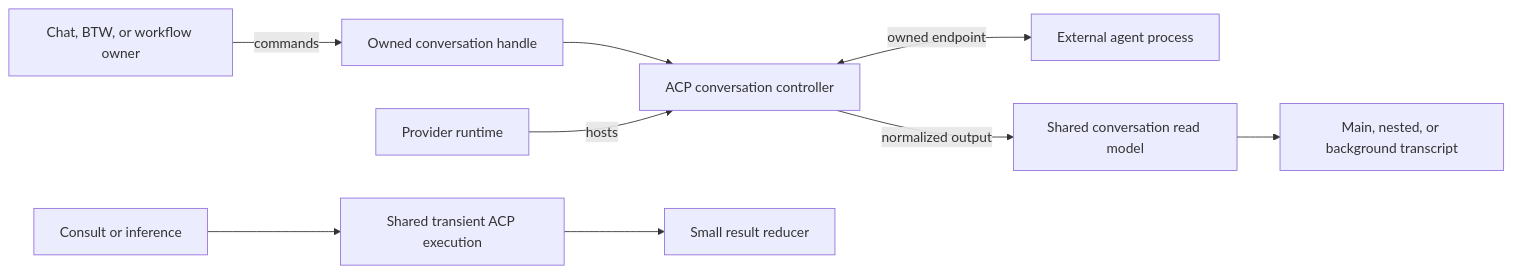
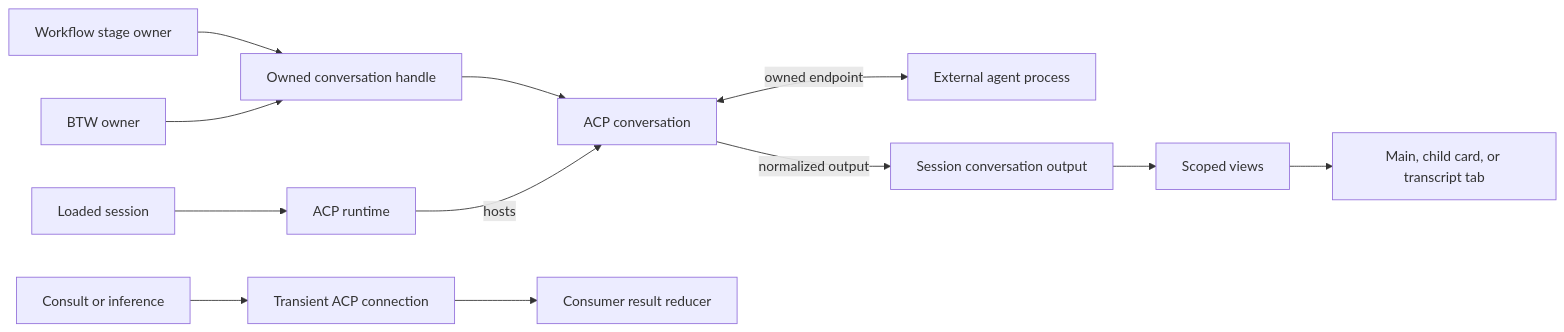
One commit to Kapps/weavie changed the first of 2 diagrams in docs/specs/conversation-layer.md. Above: the diagram before and after it, drawn with Mermaid. The commit also changed other lines of this file and 163 other files, not shown here.

Commit message:
Share conversation output and ownership for workflow contexts

````diff
--- a/docs/specs/conversation-layer.md
+++ b/docs/specs/conversation-layer.md
@@ -42,11 +30,14 @@
 ```mermaid
 flowchart LR
-    Consumer[Chat, BTW, or workflow owner] -->|commands| Handle[Owned conversation handle]
-    Handle --> Controller[ACP conversation controller]
-    Runtime[Provider runtime] -->|hosts| Controller
+    Workflow[Workflow stage owner] --> Handle[Owned conversation handle]
+    BTW[BTW owner] --> Handle
+    Handle --> Controller[ACP conversation]
+    Session[Loaded session] --> Runtime[ACP runtime]
+    Runtime -->|hosts| Controller
     Controller <-->|owned endpoint| Process[External agent process]
-    Controller -->|normalized output| Model[Shared conversation read model]
-    Model --> Pane[Main, nested, or background transcript]
-    Query[Consult or inference] --> Transient[Shared transient ACP execution]
-    Transient --> Reducer[Small result reducer]
+    Controller -->|normalized output| Ledger[Session conversation output]
+    Ledger --> View[Scoped views]
+    View --> Pane[Main, child card, or transcript tab]
+    Query[Consult or inference] --> Transient[Transient ACP connection]
+    Transient --> Reducer[Consumer result reducer]
 ```
````
